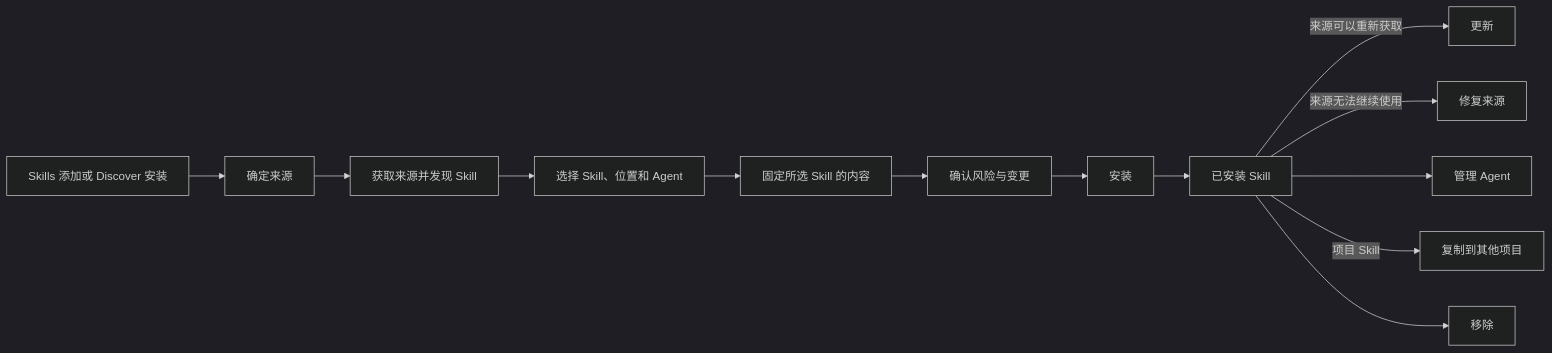
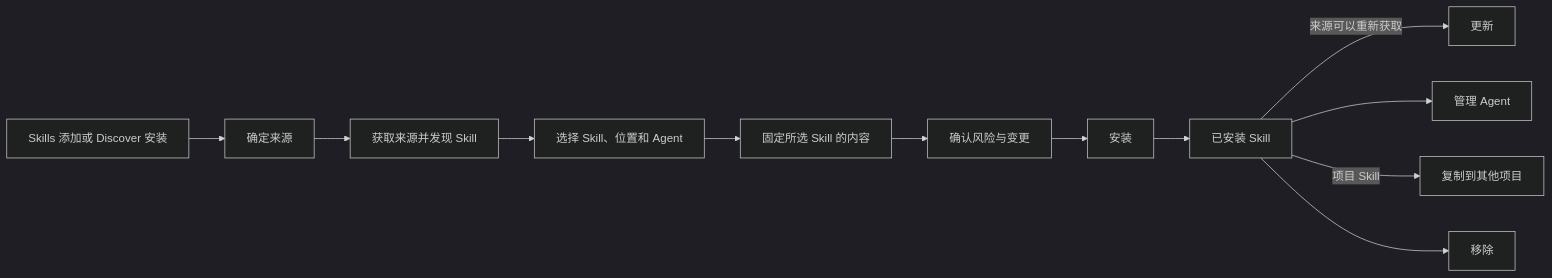
The diagram in docs/skill-lifecycle.md (Hccake/skill-deck), drawn with Mermaid (dark theme) before and after one commit. The commit also changed other lines of this file and 47 other files, not shown here.

````diff
--- a/docs/skill-lifecycle.md
+++ b/docs/skill-lifecycle.md
@@ -7,16 +7,15 @@
 ```mermaid
 flowchart LR
     Entry["Skills 添加或 Discover 安装"] --> Source["确定来源"]
     Source --> Discover["获取来源并发现 Skill"]
     Discover --> Select["选择 Skill、位置和 Agent"]
     Select --> Prepare["固定所选 Skill 的内容"]
     Prepare --> Preview["确认风险与变更"]
     Preview --> Install["安装"]
     Install --> Installed["已安装 Skill"]
 
     Installed -->|"来源可以重新获取"| Update["更新"]
-    Installed -->|"来源无法继续使用"| Repair["修复来源"]
     Installed --> Manage["管理 Agent"]
     Installed -->|"项目 Skill"| Copy["复制到其他项目"]
     Installed --> Remove["移除"]
 ```
````
